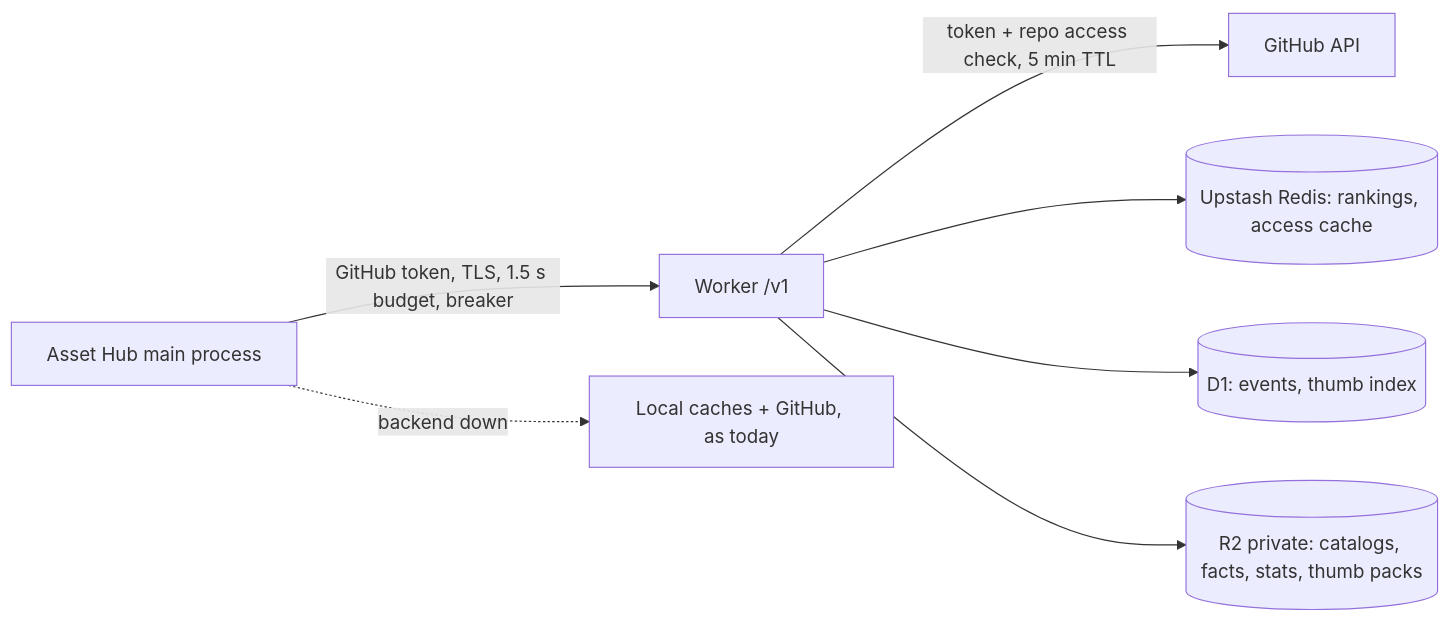
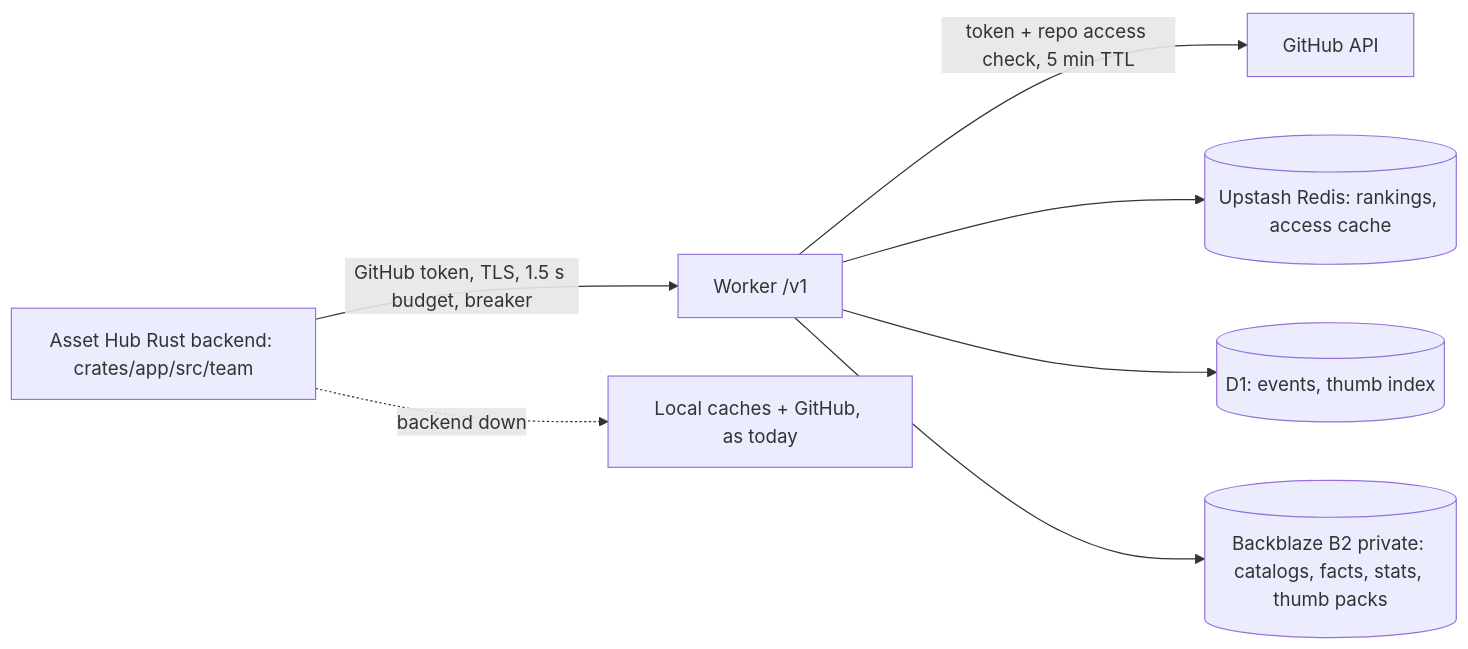
One commit to SCVN-Zee/asset-hub changed the diagram in plans/261109-0723-backend-team-cache-popularity/plan.md. Above: the diagram before and after it, drawn with Mermaid. The commit also changed other lines of this file and 4 other files, not shown here.

Commit message:
docs(plans): record the Rust Worker cutover and CPU work

````diff
--- a/plans/261109-0723-backend-team-cache-popularity/plan.md
+++ b/plans/261109-0723-backend-team-cache-popularity/plan.md
@@ -33,9 +33,9 @@
 ```mermaid
 flowchart LR
-  App[Asset Hub main process] -->|GitHub token, TLS, 1.5 s budget, breaker| W[Worker /v1]
+  App[Asset Hub Rust backend: crates/app/src/team] -->|GitHub token, TLS, 1.5 s budget, breaker| W[Worker /v1]
   W -->|token + repo access check, 5 min TTL| GH[GitHub API]
   W --> R[(Upstash Redis: rankings, access cache)]
   W --> D[(D1: events, thumb index)]
-  W --> R2[(R2 private: catalogs, facts, stats, thumb packs)]
+  W --> B2[(Backblaze B2 private: catalogs, facts, stats, thumb packs)]
   App -.->|backend down| L[Local caches + GitHub, as today]
 ```
````
